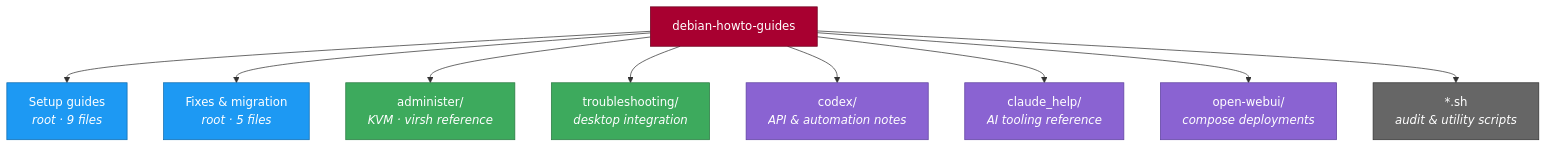
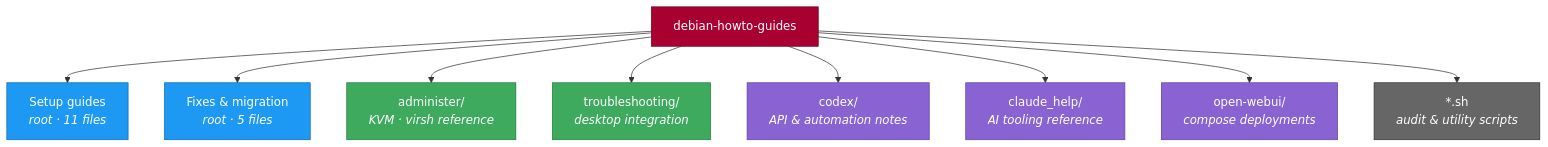
One commit to williamblair333/debian-howto-guides changed the diagram in README.md. Above: the diagram before and after it, drawn with Mermaid. The commit also changed other lines of this file and 6 other files, not shown here.

````diff
--- a/README.md
+++ b/README.md
@@ -75,23 +75,23 @@
 ```mermaid
 graph TD
     R["debian-howto-guides"]
 
-    R --> S["Setup guides<br/><i>root · 9 files</i>"]
+    R --> S["Setup guides<br/><i>root · 11 files</i>"]
     R --> T["Fixes &amp; migration<br/><i>root · 5 files</i>"]
     R --> A["administer/<br/><i>KVM · virsh reference</i>"]
     R --> TR["troubleshooting/<br/><i>desktop integration</i>"]
     R --> C["codex/<br/><i>API &amp; automation notes</i>"]
     R --> CH["claude_help/<br/><i>AI tooling reference</i>"]
     R --> OW["open-webui/<br/><i>compose deployments</i>"]
     R --> SC["*.sh<br/><i>audit &amp; utility scripts</i>"]
 
     style R fill:#A80030,stroke:#6d001e,color:#fff
     style S fill:#1D99F3,stroke:#0d6bb0,color:#fff
     style T fill:#1D99F3,stroke:#0d6bb0,color:#fff
     style A fill:#3DAA5D,stroke:#2a7a42,color:#fff
     style TR fill:#3DAA5D,stroke:#2a7a42,color:#fff
     style C fill:#8A63D2,stroke:#5f42a0,color:#fff
     style CH fill:#8A63D2,stroke:#5f42a0,color:#fff
     style OW fill:#8A63D2,stroke:#5f42a0,color:#fff
     style SC fill:#666,stroke:#333,color:#fff
 ```
````
